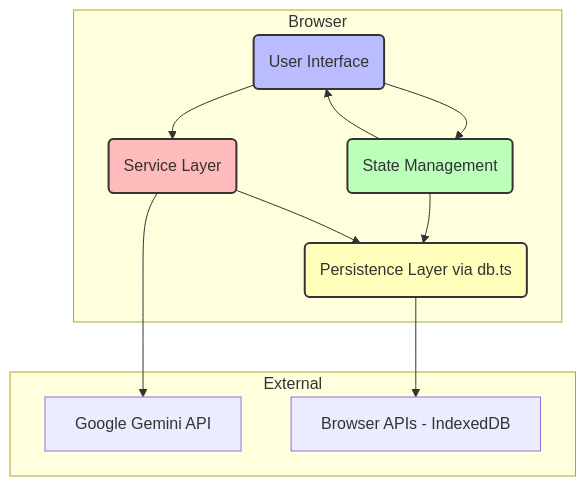
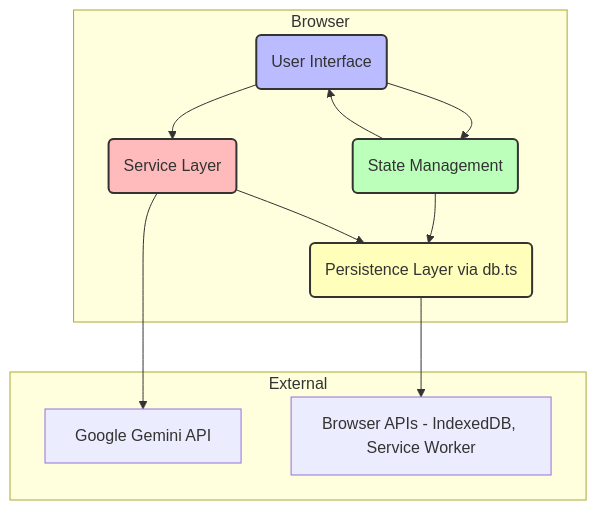
The first of 4 diagrams in arc42.md (schmidtseb/japanese-reader), drawn with Mermaid before and after one commit. The commit also changed other lines of this file and 13 other files, not shown here.

````diff
--- a/arc42.md
+++ b/arc42.md
@@ -111,27 +133,27 @@
 ```mermaid
 graph TD
     subgraph Browser
         UI(User Interface)
         State(State Management)
         Services(Service Layer)
         Persistence(Persistence Layer via db.ts)
     end
 
     subgraph External
         GeminiAPI[Google Gemini API]
-        BrowserAPIs[Browser APIs - IndexedDB]
+        BrowserAPIs[Browser APIs - IndexedDB, Service Worker]
     end
 
     UI --> State
     UI --> Services
     State --> UI
     State --> Persistence
     Services --> GeminiAPI
     Services --> Persistence
     Persistence --> BrowserAPIs
 
     style UI fill:#bbf,stroke:#333,stroke-width:2px
     style State fill:#bfb,stroke:#333,stroke-width:2px
     style Services fill:#fbb,stroke:#333,stroke-width:2px
     style Persistence fill:#ffb,stroke:#333,stroke-width:2px
 ```
````
